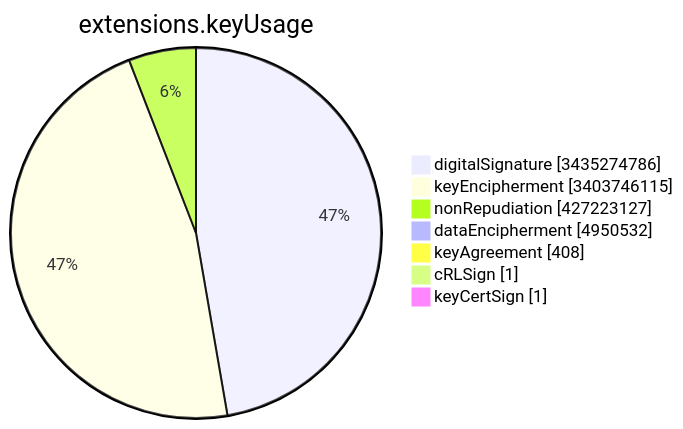
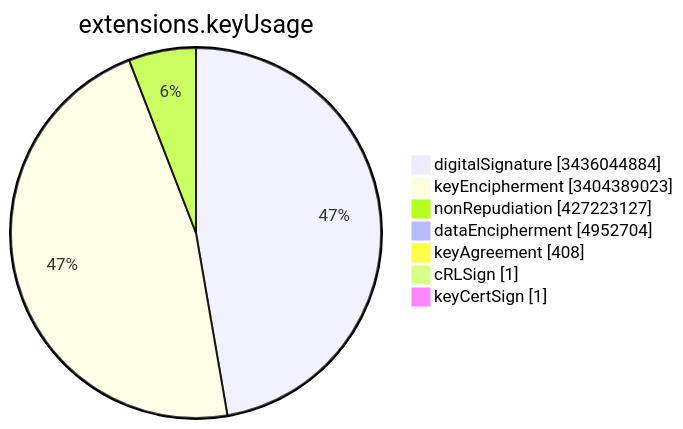
Before and after one commit to christiankrug/ctmonitor_visualization: the sixth of 15 diagrams in TOTAL/README.md, drawn with Mermaid. The commit also changed other lines of this file, not shown here.

````diff
--- a/TOTAL/README.md
+++ b/TOTAL/README.md
@@ -3081,11 +3081,11 @@
 ```mermaid
 pie showData
 title extensions.keyUsage
-"digitalSignature" :3435274786
-"keyEncipherment" :3403746115
+"digitalSignature" :3436044884
+"keyEncipherment" :3404389023
 "nonRepudiation" :427223127
-"dataEncipherment" :4950532
+"dataEncipherment" :4952704
 "keyAgreement" :408
 "cRLSign" :1
 "keyCertSign" :1
 ```
````
